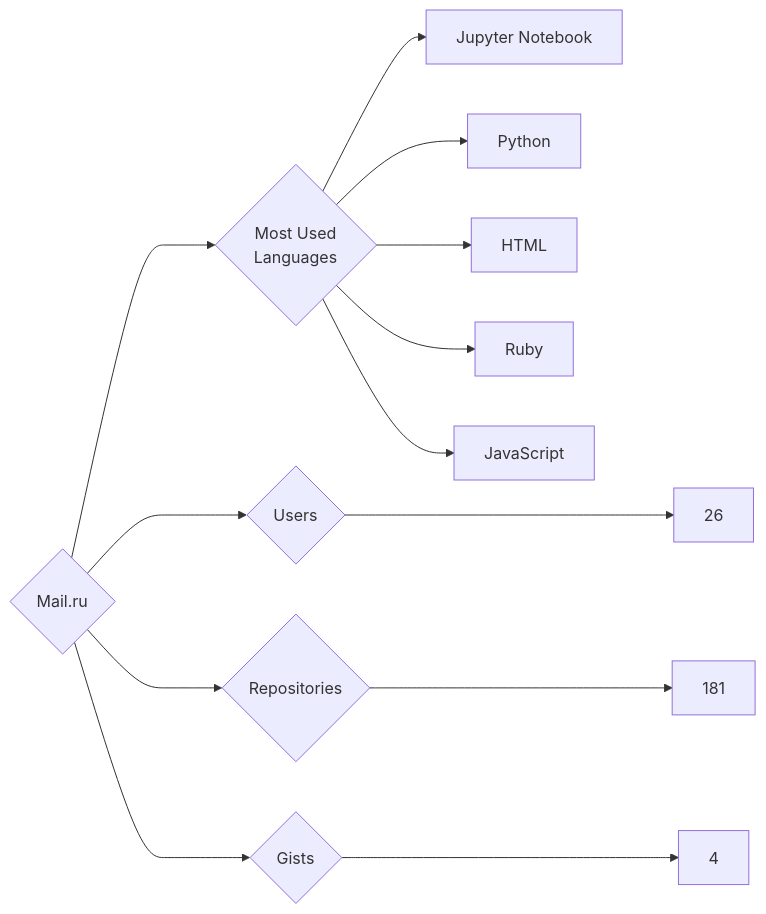
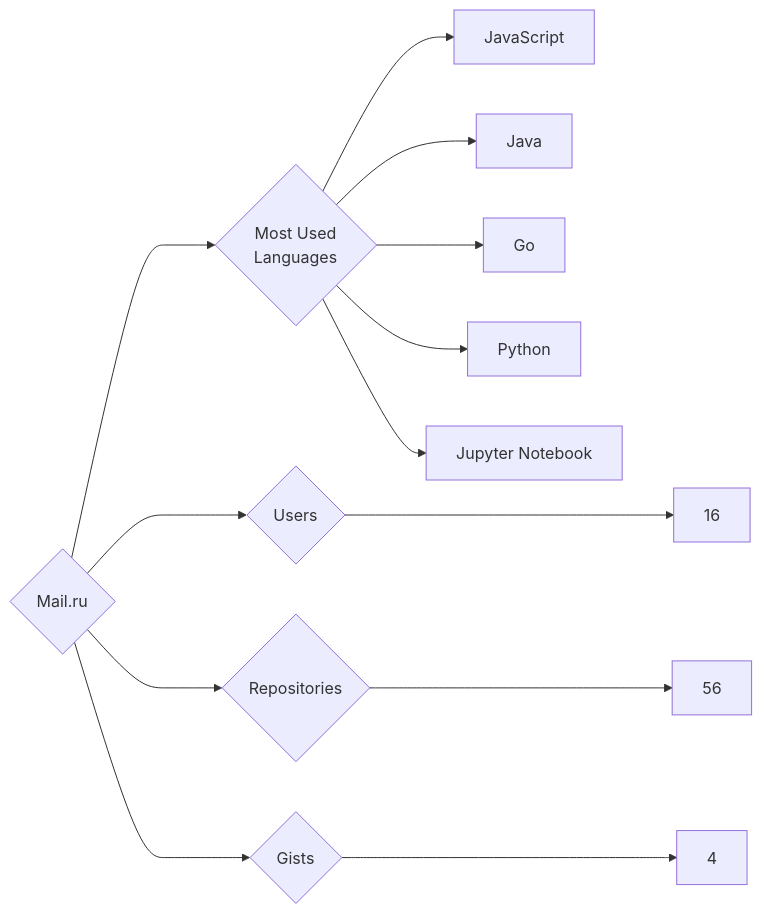
The diagram in targets/Mail.ru/README.md (trickest/insiders), drawn with Mermaid before and after one commit. The commit also changed 823 other files, not shown here.

````diff
--- a/targets/Mail.ru/README.md
+++ b/targets/Mail.ru/README.md
@@ -3,13 +3,13 @@
 ```mermaid
 graph LR
 COMPANY_NAME{Mail.ru}
-COMPANY_NAME ---> U{Users} ---> UN[26]
-COMPANY_NAME ---> R{Repositories} ---> RN[181]
+COMPANY_NAME ---> U{Users} ---> UN[16]
+COMPANY_NAME ---> R{Repositories} ---> RN[56]
 COMPANY_NAME ---> G{Gists} ---> GN[4]
 COMPANY_NAME ---> ML{Most Used<br>Languages}
+ML --> JavaScript[JavaScript]
+ML --> Java[Java]
+ML --> Go[Go]
+ML --> Python[Python]
 ML --> Jupyter_Notebook[Jupyter Notebook]
-ML --> Python[Python]
-ML --> HTML[HTML]
-ML --> Ruby[Ruby]
-ML --> JavaScript[JavaScript]
 ```
````
